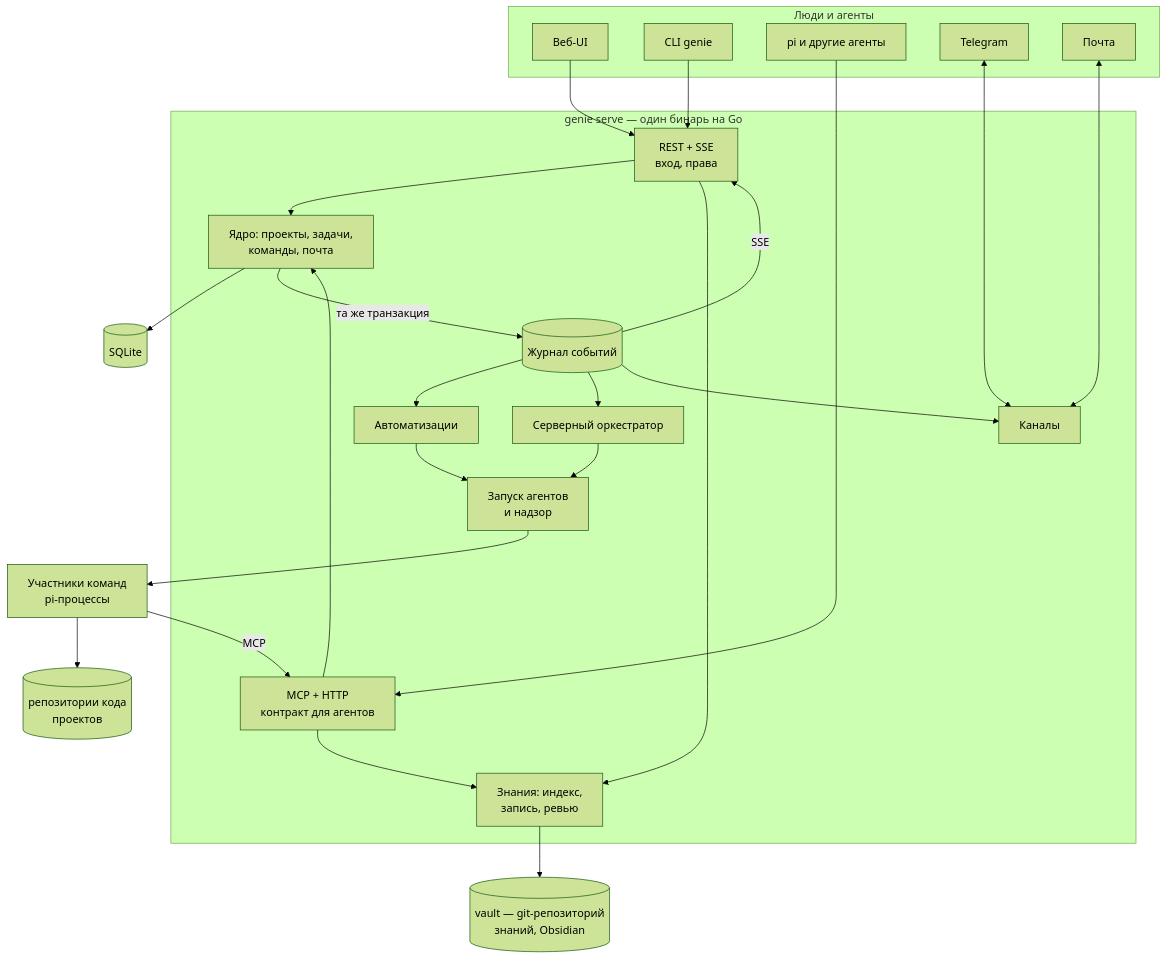
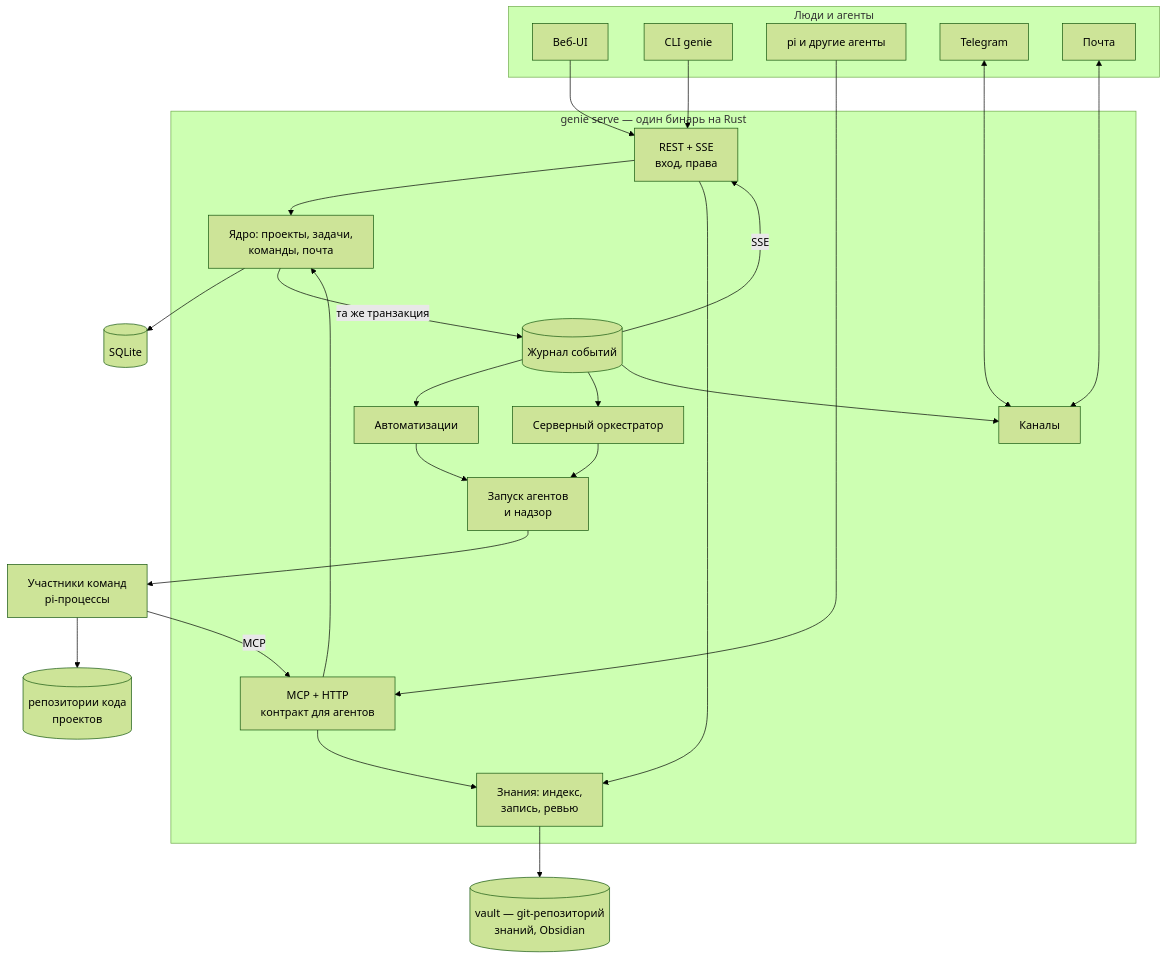
Before and after one commit to StepanDubrovin/genie: the diagram in docs/platform/vision.md, drawn with Mermaid (forest theme). The commit also changed other lines of this file and 4 other files, not shown here.

````diff
--- a/docs/platform/vision.md
+++ b/docs/platform/vision.md
@@ -65,49 +65,49 @@
 ```mermaid
 flowchart TB
   subgraph Clients[Люди и агенты]
     WEB[Веб-UI]
     CLI[CLI genie]
     AG[pi и другие агенты]
     TG[Telegram]
     MAIL[Почта]
   end
 
-  subgraph Server[genie serve — один бинарь на Go]
+  subgraph Server[genie serve — один бинарь на Rust]
     API[REST + SSE<br/>вход, права]
     MCP[MCP + HTTP<br/>контракт для агентов]
     CORE[Ядро: проекты, задачи,<br/>команды, почта]
     EV[(Журнал событий)]
     AUTO[Автоматизации]
     ORCH[Серверный оркестратор]
     CH[Каналы]
     RT[Запуск агентов<br/>и надзор]
     KB[Знания: индекс,<br/>запись, ревью]
   end
 
   DB[(SQLite)]
   VAULT[(vault — git-репозиторий<br/>знаний, Obsidian)]
   CODE[(репозитории кода<br/>проектов)]
   RUN[Участники команд<br/>pi-процессы]
 
   WEB --> API
   CLI --> API
   AG --> MCP
   TG <--> CH
   MAIL <--> CH
   API --> CORE
   MCP --> CORE
   API --> KB
   MCP --> KB
   CORE --> DB
   CORE -->|та же транзакция| EV
   EV --> AUTO
   EV --> ORCH
   EV --> CH
   EV -->|SSE| API
   AUTO --> RT
   ORCH --> RT
   RT --> RUN
   RUN -->|MCP| MCP
   RUN --> CODE
   KB --> VAULT
 ```
````
